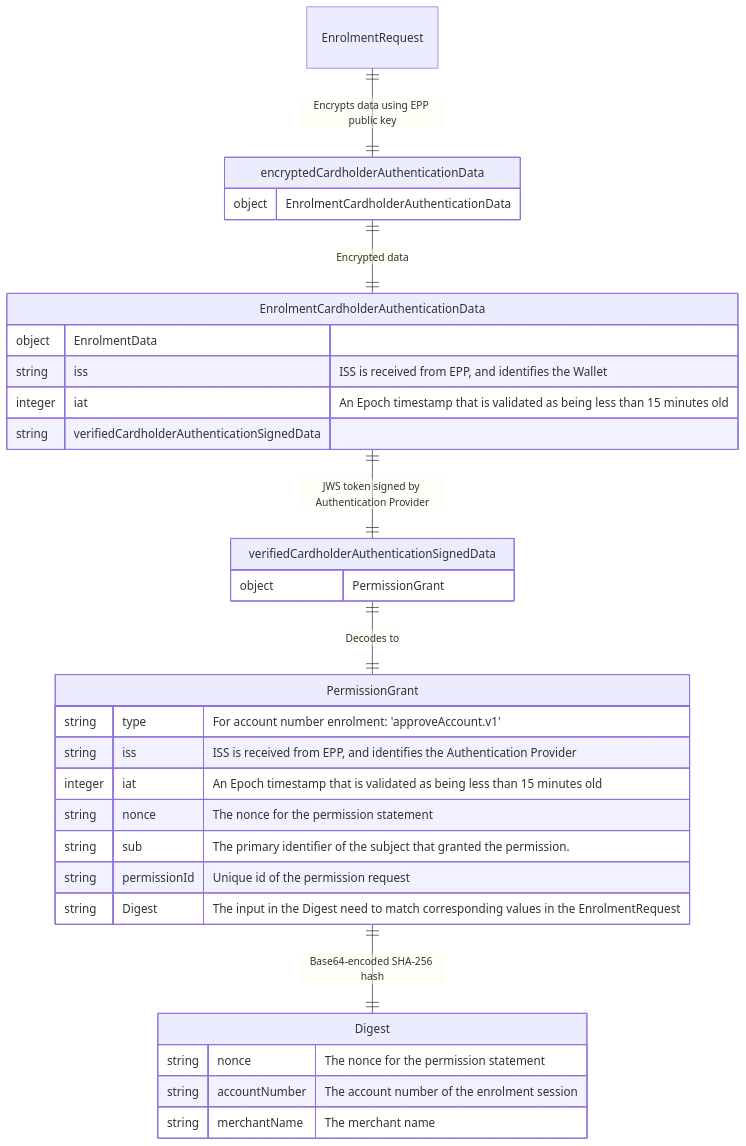
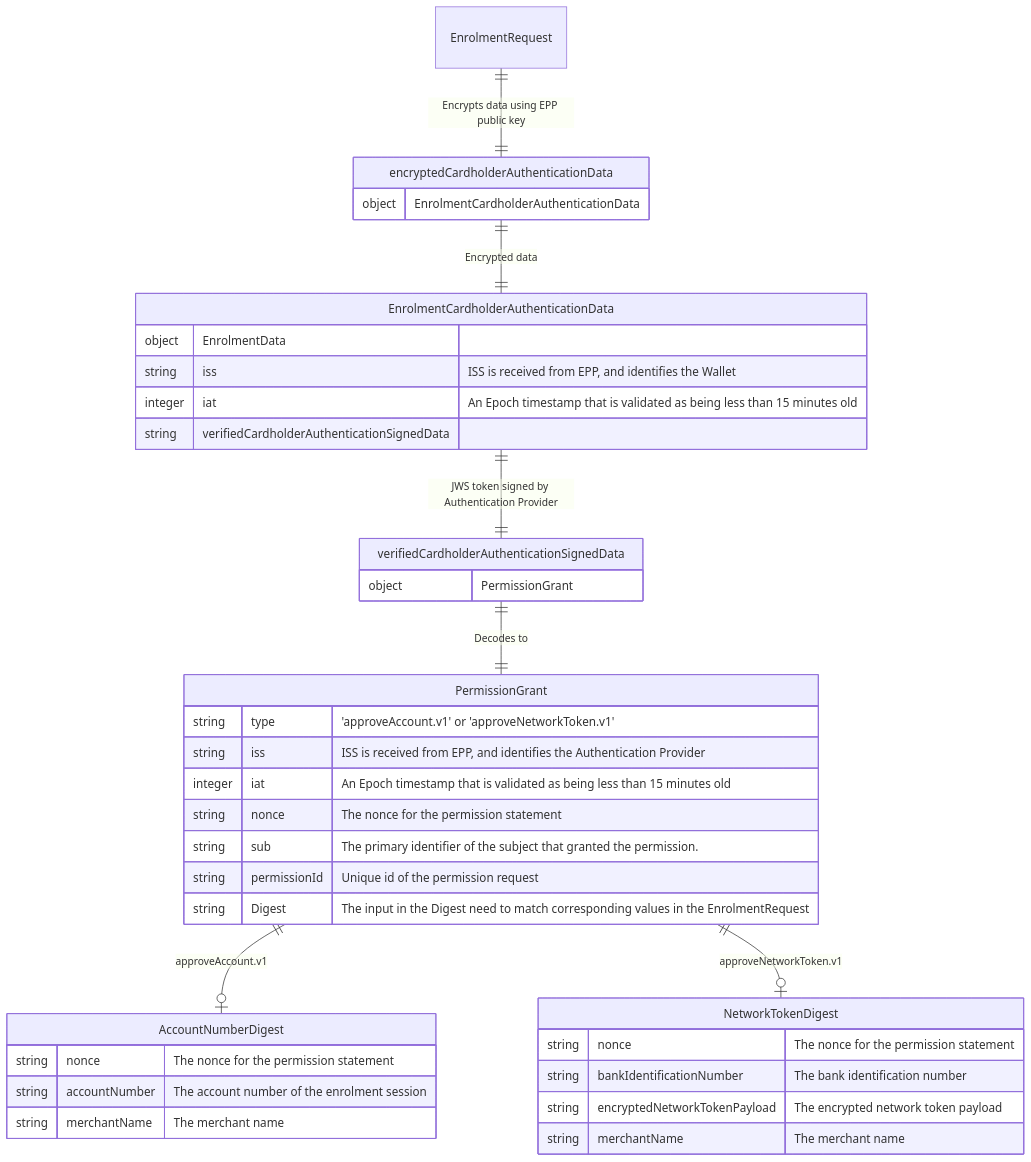
The fourth of 7 diagrams in docs/authentication_interoperability.md (BankAxept/bankaxept-epayment-development-kit), drawn with Mermaid before and after one commit. The commit also changed other lines of this file and 3 other files, not shown here.

Commit message:
feat(enrolment): revise network token flow

````diff
--- a/docs/authentication_interoperability.md
+++ b/docs/authentication_interoperability.md
@@ -173,48 +175,55 @@
 ```mermaid
 %%{init: {
   "theme": "default",
   "themeCSS": [
     ".er.relationshipLabel { fill: black; }", 
     ".er.relationshipLabelBox { fill: white; }", 
     ".er.entityBox { fill: lightgray; }",
     "[id^=entity-EnrolmentRequest] .er.entityBox { fill: lightgreen;} ",
     "[id^=entity-encryptedEnrolmentCardholderAuthenticationData] .er.entityBox { fill: lightgreen;} ",
     "[id^=entity-EnrolmentCardholderAuthenticationData] .er.entityBox { fill: lightgreen;} ",
     "[id^=entity-verifiedCardholderAuthenticationSignedData] .er.entityBox { fill: powderblue;} ",
     "[id^=entity-PermissionGrant] .er.entityBox { fill: powderblue;} ",
     "[id^=entity-Digest] .er.entityBox { fill: powderblue;} "
     ]
 }}%%
 erDiagram
     EnrolmentRequest ||--|| encryptedCardholderAuthenticationData: "Encrypts data using EPP public key"
     encryptedCardholderAuthenticationData {
         object EnrolmentCardholderAuthenticationData
     }
     encryptedCardholderAuthenticationData ||--|| EnrolmentCardholderAuthenticationData: "Encrypted data"
     EnrolmentCardholderAuthenticationData ||--|| verifiedCardholderAuthenticationSignedData: "JWS token signed by Authentication Provider"
     EnrolmentCardholderAuthenticationData {
         object EnrolmentData
         string iss "ISS is received from EPP, and identifies the Wallet"
         integer iat "An Epoch timestamp that is validated as being less than 15 minutes old"
         string verifiedCardholderAuthenticationSignedData
     }
     verifiedCardholderAuthenticationSignedData {
         object PermissionGrant
     }
     verifiedCardholderAuthenticationSignedData ||--|| PermissionGrant: "Decodes to"
-    PermissionGrant ||--|| Digest: "Base64-encoded SHA-256 hash"
+    PermissionGrant ||--o| AccountNumberDigest: "approveAccount.v1"
+    PermissionGrant ||--o| NetworkTokenDigest: "approveNetworkToken.v1"
     PermissionGrant {
-        string type "For account number enrolment: 'approveAccount.v1'"
+        string type "'approveAccount.v1' or 'approveNetworkToken.v1'"
         string iss "ISS is received from EPP, and identifies the Authentication Provider"
         integer iat "An Epoch timestamp that is validated as being less than 15 minutes old"
         string nonce "The nonce for the permission statement"
         string sub "The primary identifier of the subject that granted the permission."
         string permissionId "Unique id of the permission request"
         string Digest "The input in the Digest need to match corresponding values in the EnrolmentRequest"
     }
-    Digest {
+    AccountNumberDigest {
         string nonce "The nonce for the permission statement"
         string accountNumber "The account number of the enrolment session"
         string merchantName "The merchant name"
     }
+    NetworkTokenDigest {
+        string nonce "The nonce for the permission statement"
+        string bankIdentificationNumber "The bank identification number"
+        string encryptedNetworkTokenPayload "The encrypted network token payload"
+        string merchantName "The merchant name"
+    }
 ```
````
